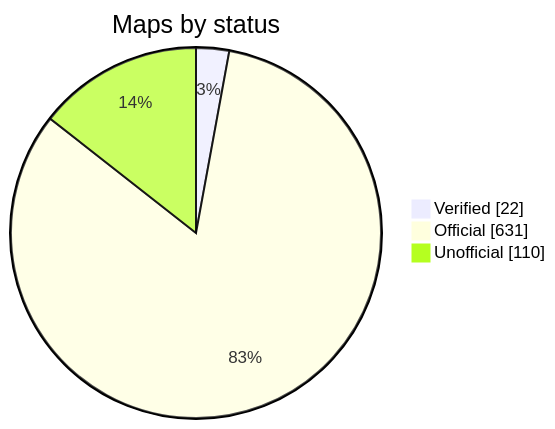
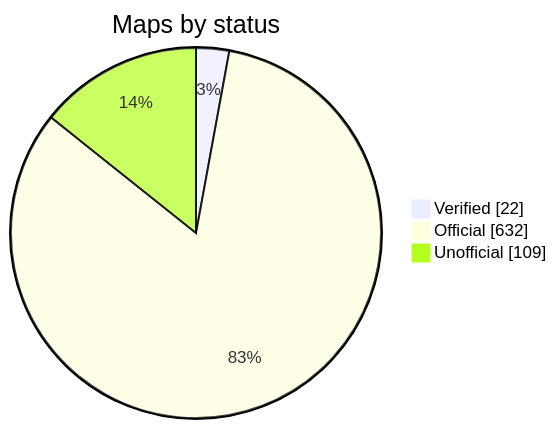
One commit to nobrega8/mbmap-library changed the diagram in README.md. Above: the diagram before and after it, drawn with Mermaid. The commit also changed 6 other files, not shown here.

````diff
--- a/README.md
+++ b/README.md
@@ -52,7 +52,7 @@
 ```mermaid
 pie showData
     title Maps by status
     "Verified" : 22
-    "Official" : 631
-    "Unofficial" : 110
+    "Official" : 632
+    "Unofficial" : 109
 ```
````
